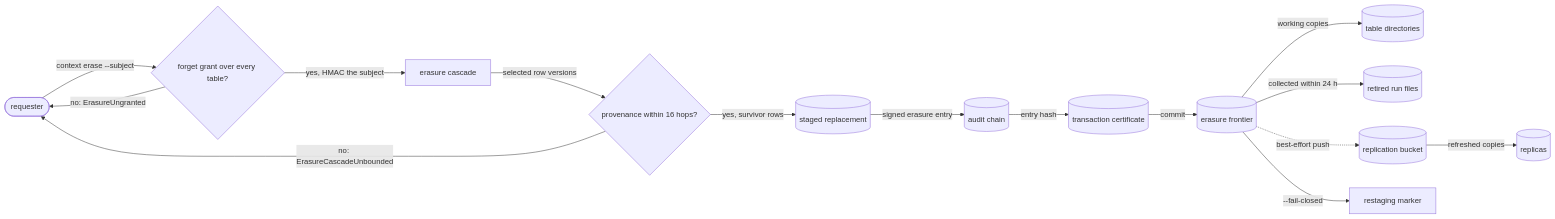
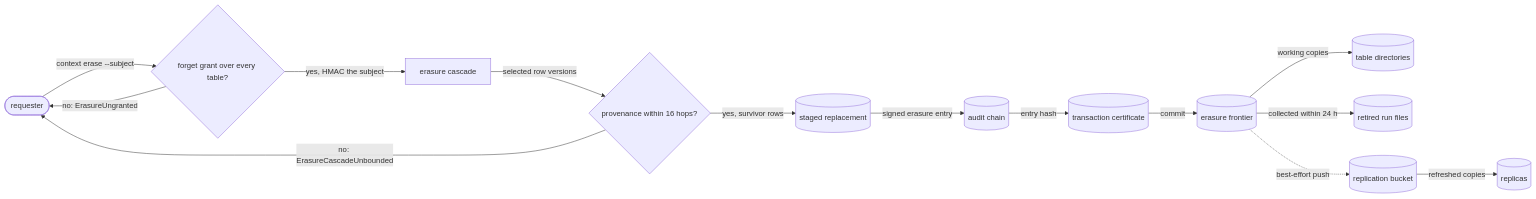
The third of 4 diagrams in spec/62-accountability.md (fractalboxdev/contextful), drawn with Mermaid before and after one commit. The commit also changed other lines of this file and 28 other files, not shown here.

````diff
--- a/spec/62-accountability.md
+++ b/spec/62-accountability.md
@@ -265,17 +261,16 @@
 ```mermaid
 flowchart LR
   REQ(["requester"]) -->|"context erase --subject"| G{"forget grant over every table?"}
   G -->|"no: ErasureUngranted"| REQ
   G -->|"yes, HMAC the subject"| CASC["erasure cascade"]
   CASC -->|"selected row versions"| C{"provenance within 16 hops?"}
   C -->|"no: ErasureCascadeUnbounded"| REQ
   C -->|"yes, survivor rows"| STAGE[("staged replacement")]
   STAGE -->|"signed erasure entry"| CHAINLOG[("audit chain")]
   CHAINLOG -->|"entry hash"| CERT[("transaction certificate")]
   CERT -->|"commit"| FRONT[("erasure frontier")]
   FRONT -->|"working copies"| TABLES[("table directories")]
   FRONT -->|"collected within 24 h"| FILES[("retired run files")]
   FRONT -.->|"best-effort push"| BKT[("replication bucket")]
-  FRONT -->|"--fail-closed"| MARK["restaging marker"]
   BKT -->|"refreshed copies"| REP[("replicas")]
 ```
````
